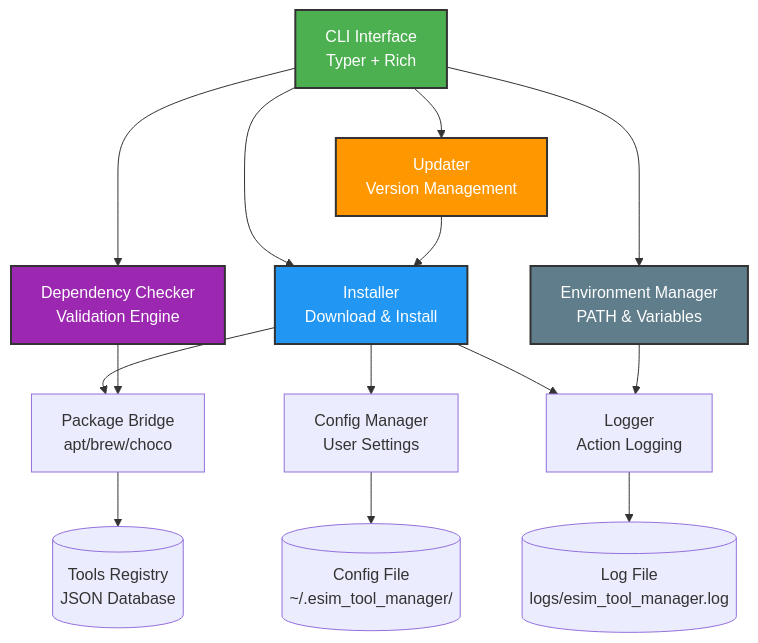
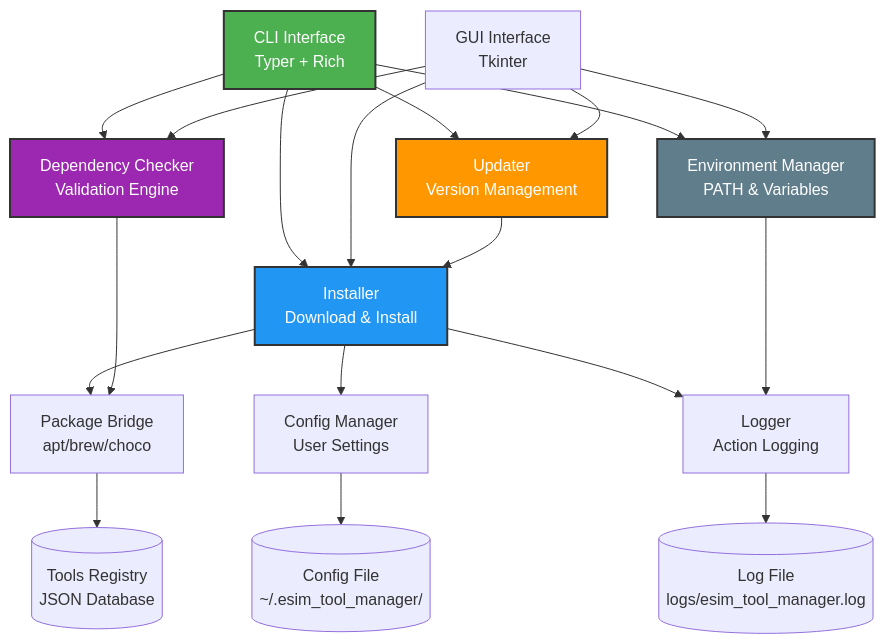
Before and after one commit to Mausam5055/esim-tool-manager: the first of 2 diagrams in README.md, drawn with Mermaid. The commit also changed other lines of this file and 3 other files, not shown here.

Commit message:
feat: Add Tkinter GUI interface

````diff
--- a/README.md
+++ b/README.md
@@ -89,25 +97,29 @@
 ```mermaid
 graph TD
     CLI[CLI Interface<br/>Typer + Rich] --> INS[Installer<br/>Download & Install]
+    GUI[GUI Interface<br/>Tkinter] --> INS
     CLI --> UPD[Updater<br/>Version Management]
+    GUI --> UPD
     CLI --> DEP[Dependency Checker<br/>Validation Engine]
+    GUI --> DEP
     CLI --> ENV[Environment Manager<br/>PATH & Variables]
+    GUI --> ENV
     
     INS --> PKG[Package Bridge<br/>apt/brew/choco]
     INS --> CFG[Config Manager<br/>User Settings]
     INS --> LOG[Logger<br/>Action Logging]
     
     DEP --> PKG
     UPD --> INS
     ENV --> LOG
     
     PKG --> REG[(Tools Registry<br/>JSON Database)]
     CFG --> CFGFILE[(Config File<br/>~/.esim_tool_manager/)]
     LOG --> LOGFILE[(Log File<br/>logs/esim_tool_manager.log)]
     
     style CLI fill:#4CAF50,stroke:#333,stroke-width:2px,color:#fff
     style INS fill:#2196F3,stroke:#333,stroke-width:2px,color:#fff
     style UPD fill:#FF9800,stroke:#333,stroke-width:2px,color:#fff
     style DEP fill:#9C27B0,stroke:#333,stroke-width:2px,color:#fff
     style ENV fill:#607D8B,stroke:#333,stroke-width:2px,color:#fff
 ```
````
